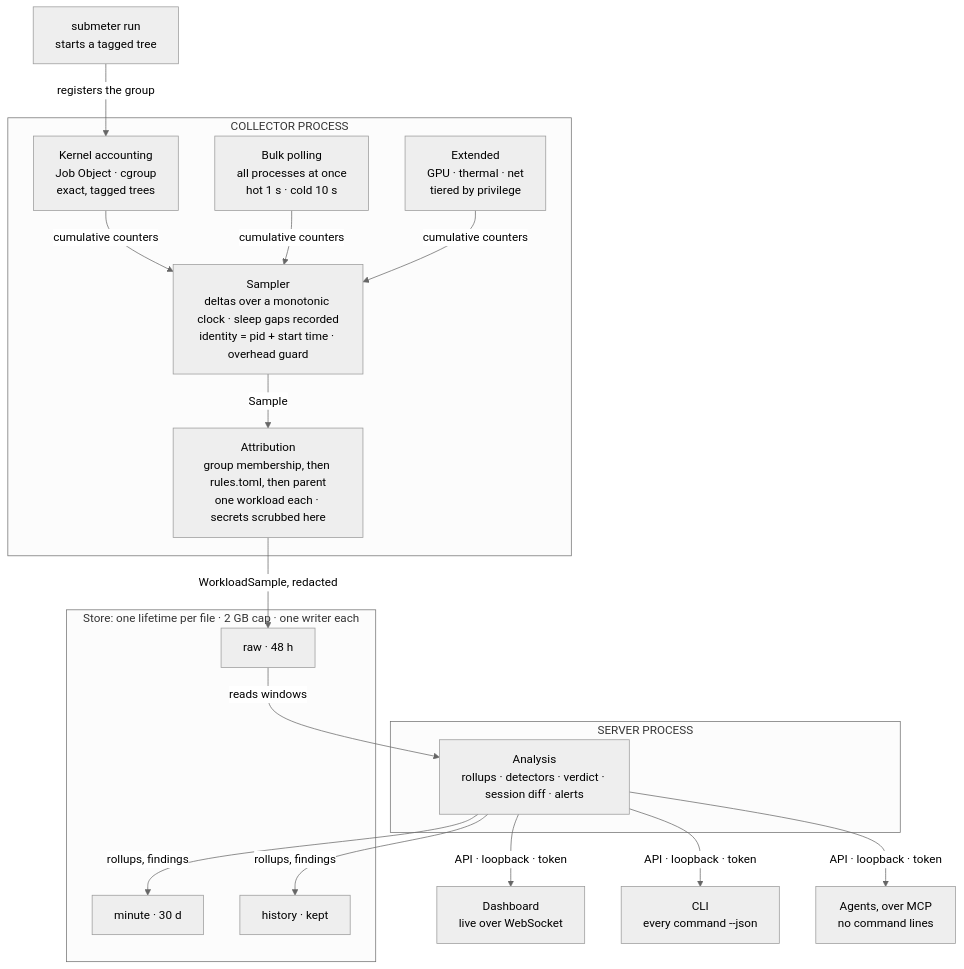
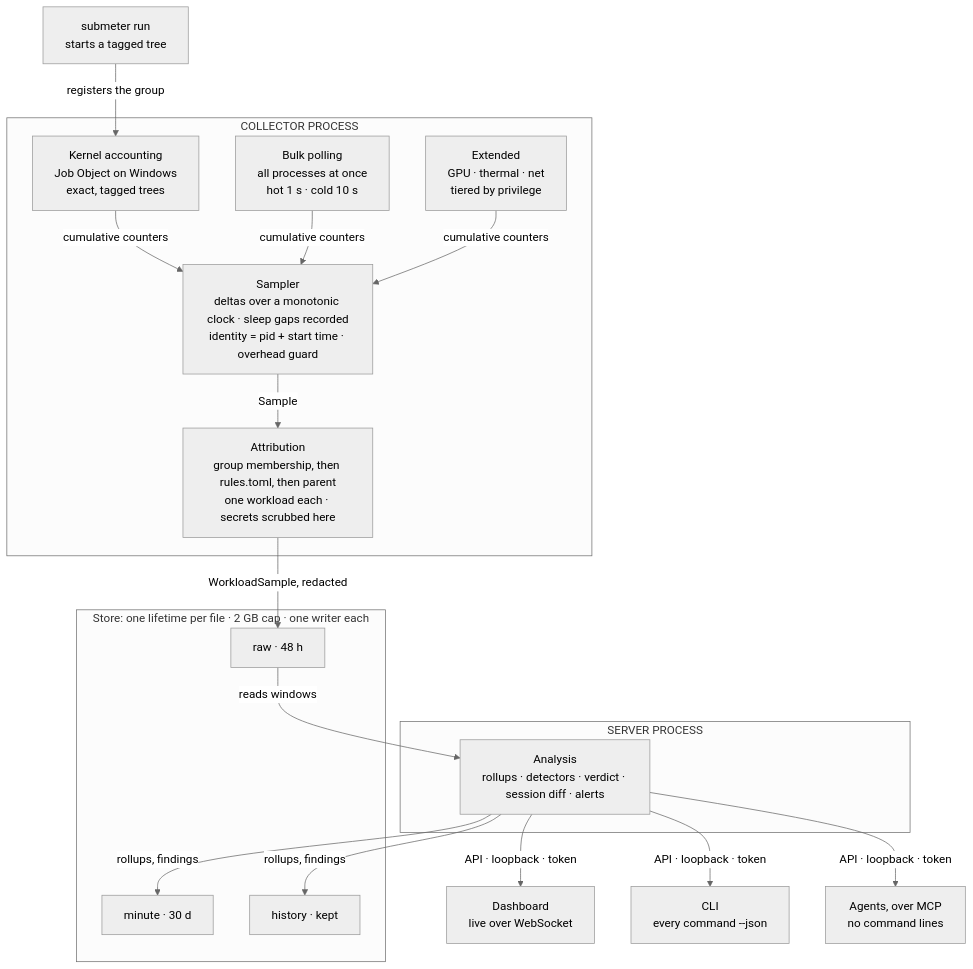
Before and after one commit to therealestmatthew/submeter-pc-monitor: the diagram in docs/05-data-flow.md, drawn with Mermaid (neutral theme). The commit also changed other lines of this file and 11 other files, not shown here.

````diff
--- a/docs/05-data-flow.md
+++ b/docs/05-data-flow.md
@@ -7,34 +7,34 @@
 ```mermaid
 flowchart TD
     run["submeter run<br/>starts a tagged tree"]
     subgraph collector["COLLECTOR PROCESS"]
-        ka["Kernel accounting<br/>Job Object · cgroup<br/>exact, tagged trees"]
+        ka["Kernel accounting<br/>Job Object on Windows<br/>exact, tagged trees"]
         bp["Bulk polling<br/>all processes at once<br/>hot 1 s · cold 10 s"]
         ex["Extended<br/>GPU · thermal · net<br/>tiered by privilege"]
         sampler["Sampler<br/>deltas over a monotonic clock · sleep gaps recorded<br/>identity = pid + start time · overhead guard"]
         attribution["Attribution<br/>group membership, then rules.toml, then parent<br/>one workload each · secrets scrubbed here"]
     end
     subgraph store["Store: one lifetime per file · 2 GB cap · one writer each"]
         raw["raw · 48 h"]
         minute["minute · 30 d"]
         history["history · kept"]
     end
     subgraph server["SERVER PROCESS"]
         analysis["Analysis<br/>rollups · detectors · verdict · session diff · alerts"]
     end
     dashboard["Dashboard<br/>live over WebSocket"]
     cli["CLI<br/>every command --json"]
     agents["Agents, over MCP<br/>no command lines"]
     run -->|registers the group| ka
     ka -->|cumulative counters| sampler
     bp -->|cumulative counters| sampler
     ex -->|cumulative counters| sampler
     sampler -->|Sample| attribution
     attribution -->|WorkloadSample, redacted| raw
     raw -->|reads windows| analysis
     analysis -->|rollups, findings| minute
     analysis -->|rollups, findings| history
     analysis -->|API · loopback · token| dashboard
     analysis -->|API · loopback · token| cli
     analysis -->|API · loopback · token| agents
 ```
````
